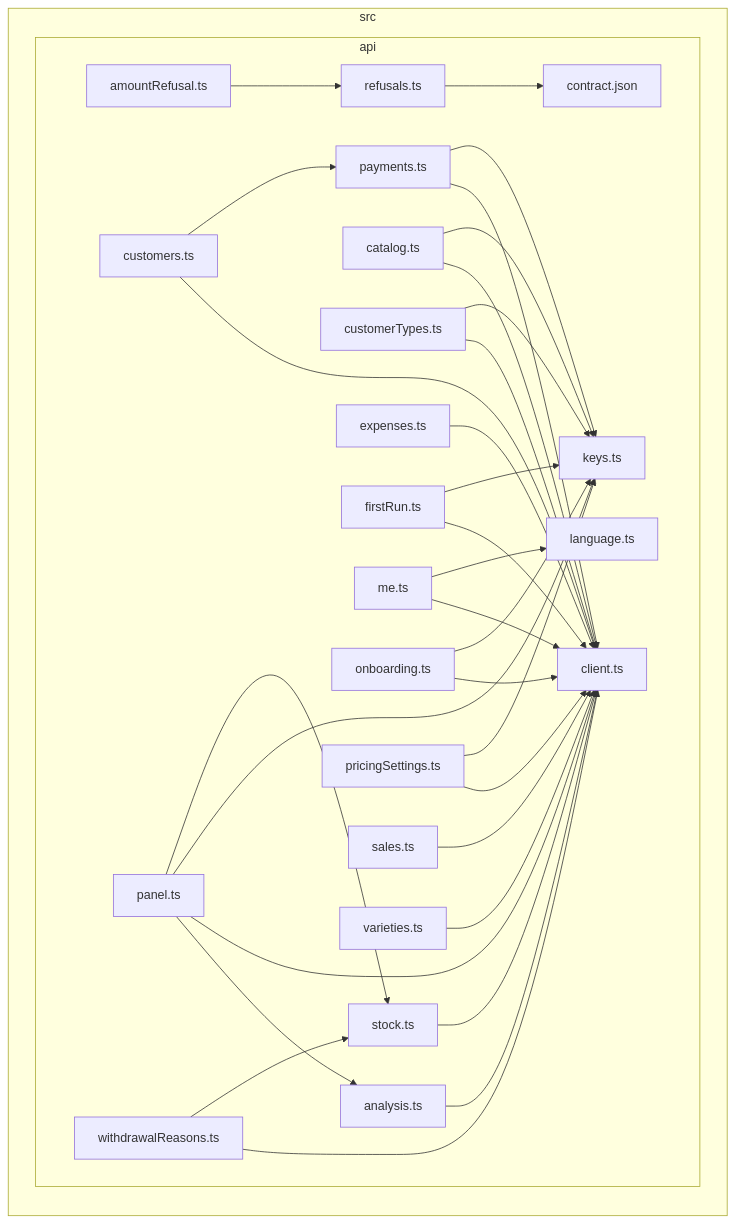
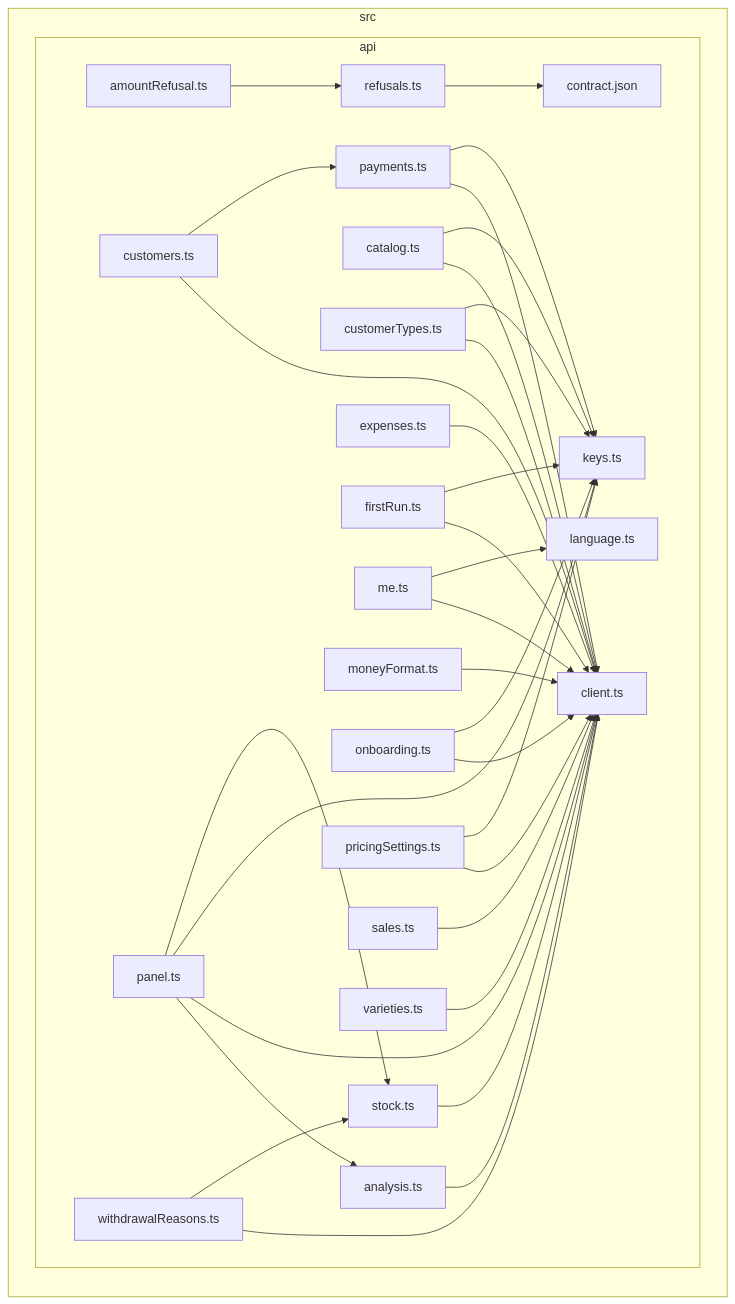
One commit to GonzaloZevallos/apostrophe changed the diagram in docs/architecture/generated/front-modules/api.md. Above: the diagram before and after it, drawn with Mermaid. The commit also changed 1 other file, not shown here.

Commit message:
Regenerate the front module diagrams for the Currency and decimals screen and its api module

````diff
--- a/docs/architecture/generated/front-modules/api.md
+++ b/docs/architecture/generated/front-modules/api.md
@@ -7,57 +7,59 @@
 ```mermaid
 flowchart LR
 subgraph src["src"]
   subgraph src_api["api"]
     src_api_amountRefusal_ts["amountRefusal.ts"]
     src_api_analysis_ts["analysis.ts"]
     src_api_catalog_ts["catalog.ts"]
     src_api_client_ts["client.ts"]
     src_api_contract_json["contract.json"]
     src_api_customerTypes_ts["customerTypes.ts"]
     src_api_customers_ts["customers.ts"]
     src_api_expenses_ts["expenses.ts"]
     src_api_firstRun_ts["firstRun.ts"]
     src_api_keys_ts["keys.ts"]
     src_api_language_ts["language.ts"]
     src_api_me_ts["me.ts"]
+    src_api_moneyFormat_ts["moneyFormat.ts"]
     src_api_onboarding_ts["onboarding.ts"]
     src_api_panel_ts["panel.ts"]
     src_api_payments_ts["payments.ts"]
     src_api_pricingSettings_ts["pricingSettings.ts"]
     src_api_refusals_ts["refusals.ts"]
     src_api_sales_ts["sales.ts"]
     src_api_stock_ts["stock.ts"]
     src_api_varieties_ts["varieties.ts"]
     src_api_withdrawalReasons_ts["withdrawalReasons.ts"]
   end
 end
 src_api_amountRefusal_ts-->src_api_refusals_ts
 src_api_analysis_ts-->src_api_client_ts
 src_api_catalog_ts-->src_api_client_ts
 src_api_catalog_ts-->src_api_keys_ts
 src_api_customerTypes_ts-->src_api_client_ts
 src_api_customerTypes_ts-->src_api_keys_ts
 src_api_customers_ts-->src_api_client_ts
 src_api_customers_ts-->src_api_payments_ts
 src_api_expenses_ts-->src_api_client_ts
 src_api_firstRun_ts-->src_api_client_ts
 src_api_firstRun_ts-->src_api_keys_ts
 src_api_me_ts-->src_api_client_ts
 src_api_me_ts-->src_api_language_ts
+src_api_moneyFormat_ts-->src_api_client_ts
 src_api_onboarding_ts-->src_api_client_ts
 src_api_onboarding_ts-->src_api_keys_ts
 src_api_panel_ts-->src_api_analysis_ts
 src_api_panel_ts-->src_api_client_ts
 src_api_panel_ts-->src_api_keys_ts
 src_api_panel_ts-->src_api_stock_ts
 src_api_payments_ts-->src_api_client_ts
 src_api_payments_ts-->src_api_keys_ts
 src_api_pricingSettings_ts-->src_api_client_ts
 src_api_pricingSettings_ts-->src_api_keys_ts
 src_api_refusals_ts-->src_api_contract_json
 src_api_sales_ts-->src_api_client_ts
 src_api_stock_ts-->src_api_client_ts
 src_api_varieties_ts-->src_api_client_ts
 src_api_withdrawalReasons_ts-->src_api_client_ts
 src_api_withdrawalReasons_ts-->src_api_stock_ts
 ```
````
